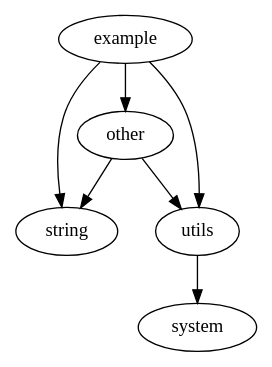
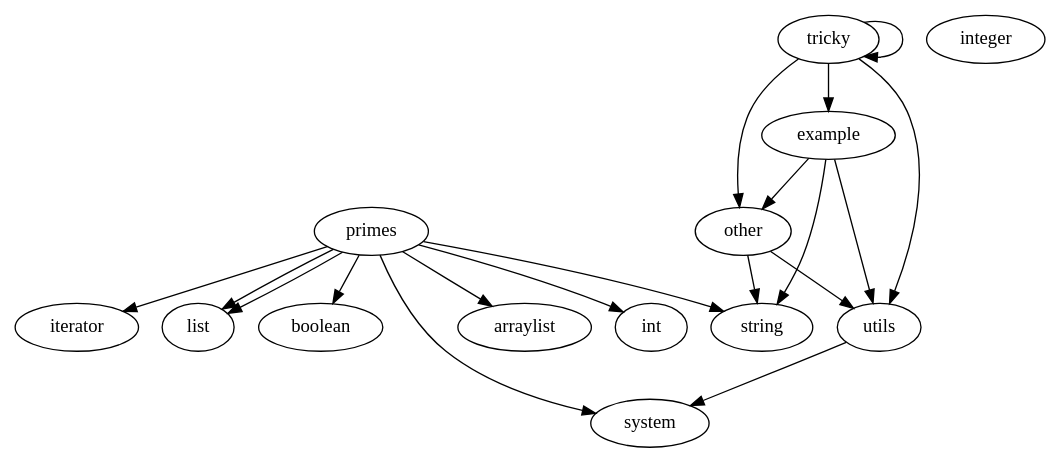
Before and after one commit to Thomaslorentzen/PA2023_GRP7: the diagram in output.dot, drawn with Graphviz. The commit also changed 5 other files, not shown here.

```diff
--- a/output.dot
+++ b/output.dot
@@ -1,9 +1,25 @@
 digraph G { 
+primes -> iterator
+
+primes -> list
+
+primes -> boolean
+primes -> system
+primes -> string
+primes -> list<integer>
+primes -> arraylist
+
+primes -> int
 other -> string
 other -> utils
 utils -> system
 example -> other
 example -> string
 example -> utils
 
+tricky -> other
+tricky -> utils
+
+tricky -> example
+tricky -> tricky
 }
```
